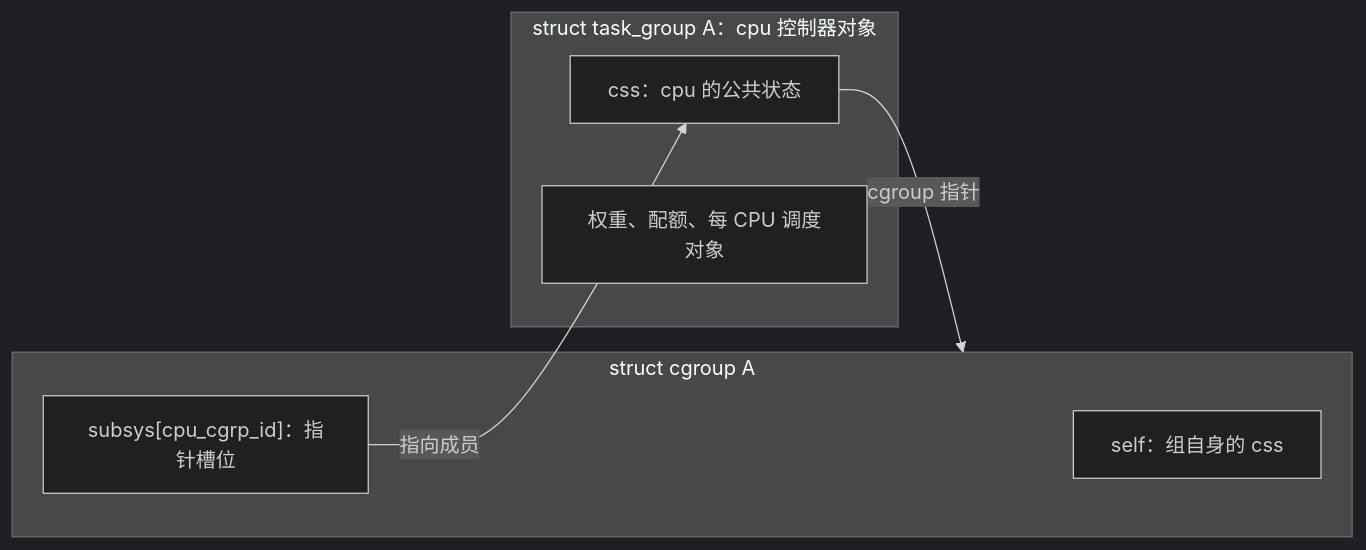
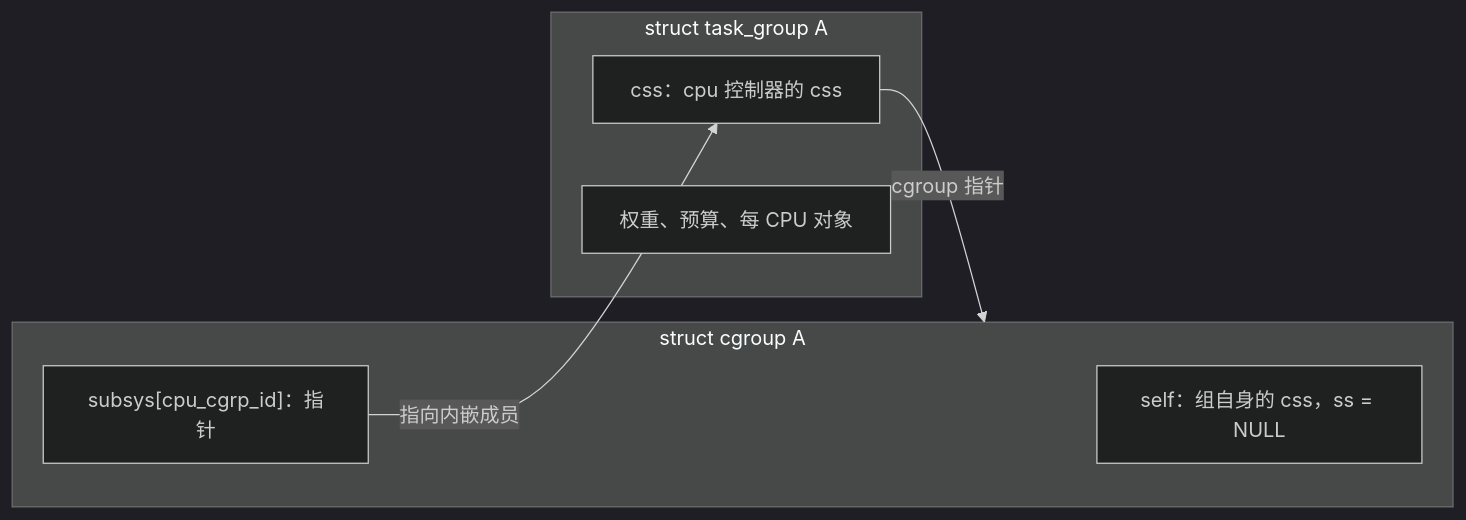
One commit to linuxperf/linux-study changed the second of 7 diagrams in interview/sched/cgroup2.md. Above: the diagram before and after it, drawn with Mermaid (dark theme). The commit also changed other lines of this file and 4 other files, not shown here.

````diff
--- a/interview/sched/cgroup2.md
+++ b/interview/sched/cgroup2.md
@@ -173,13 +101,13 @@
 ```mermaid
 flowchart LR
     subgraph CG["struct cgroup A"]
-        SELF["self：组自身的 css"]
-        SLOT["subsys[cpu_cgrp_id]：指针槽位"]
+        SELF["self：组自身的 css，ss = NULL"]
+        SLOT["subsys[cpu_cgrp_id]：指针"]
     end
-    subgraph TG["struct task_group A：cpu 控制器对象"]
-        CSS["css：cpu 的公共状态"]
-        POLICY["权重、配额、每 CPU 调度对象"]
+    subgraph TG["struct task_group A"]
+        CSS["css：cpu 控制器的 css"]
+        POLICY["权重、预算、每 CPU 对象"]
     end
-    SLOT -->|"指向成员"| CSS
+    SLOT -->|"指向内嵌成员"| CSS
     CSS -->|"cgroup 指针"| CG
 ```
````
